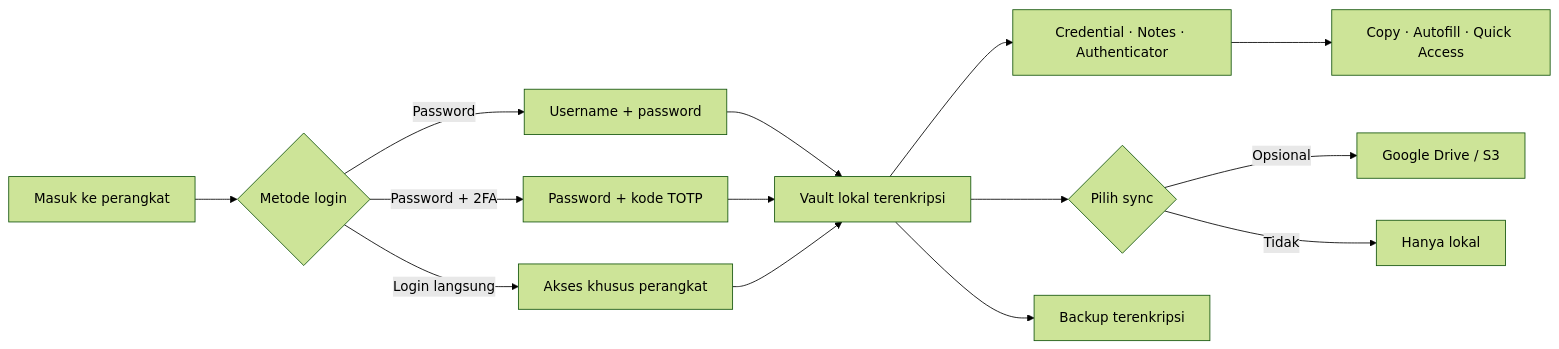
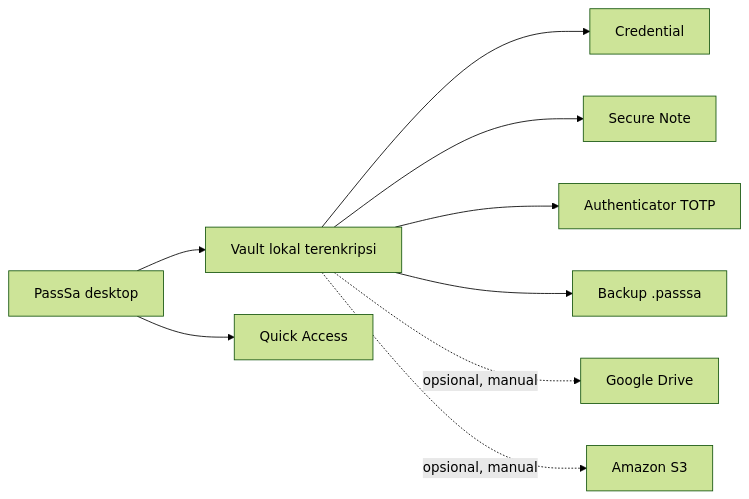
The diagram in README.md (okkinurf/passsa), drawn with Mermaid (forest theme) before and after one commit. The commit also changed other lines of this file and 41 other files, not shown here.

````diff
--- a/README.md
+++ b/README.md
@@ -53,16 +49,11 @@
 ```mermaid
 flowchart LR
-    A[Masuk ke perangkat] --> B{Metode login}
-    B -->|Password| C[Username + password]
-    B -->|Password + 2FA| D[Password + kode TOTP]
-    B -->|Login langsung| E[Akses khusus perangkat]
-    C --> F[Vault lokal terenkripsi]
-    D --> F
-    E --> F
-    F --> G[Credential · Notes · Authenticator]
-    G --> H[Copy · Autofill · Quick Access]
-    F --> I{Pilih sync}
-    I -->|Opsional| J[Google Drive / S3]
-    I -->|Tidak| K[Hanya lokal]
-    F --> L[Backup terenkripsi]
+    A[PassSa desktop] --> B[Vault lokal terenkripsi]
+    B --> C[Credential]
+    B --> D[Secure Note]
+    B --> E[Authenticator TOTP]
+    B --> F[Backup .passsa]
+    B -. opsional, manual .-> G[Google Drive]
+    B -. opsional, manual .-> H[Amazon S3]
+    A --> I[Quick Access]
 ```
````
